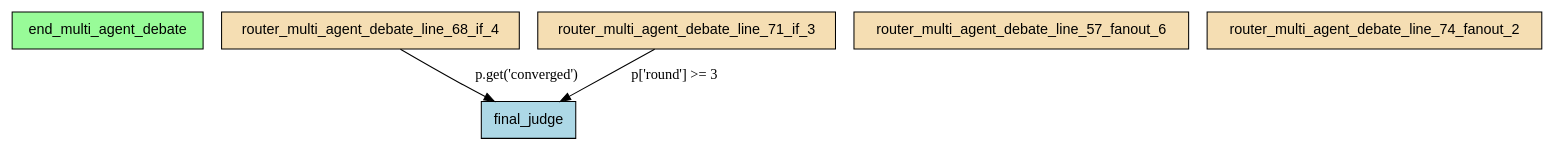
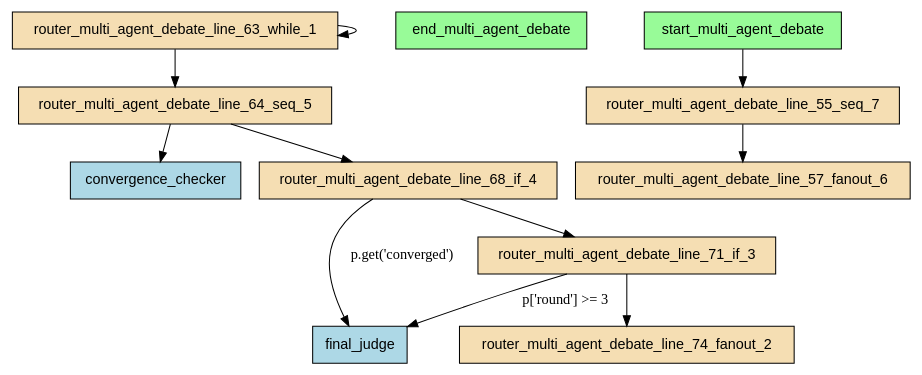
One commit to deliveryhero/asya changed the diagram in examples/flows/agentic/compiled/multi_agent_debate/flow.dot. Above: the diagram before and after it, drawn with Graphviz. The commit also changed 232 other files, not shown here.

```diff
--- a/examples/flows/agentic/compiled/multi_agent_debate/flow.dot
+++ b/examples/flows/agentic/compiled/multi_agent_debate/flow.dot
@@ -1,14 +1,27 @@
 digraph "multi_agent_debate" {
     rankdir=TB;
     node [shape=box, style=filled, fontname="Helvetica"];
 
+    convergence_checker [label="convergence_checker", fillcolor=lightblue];
     end_multi_agent_debate [label="end_multi_agent_debate", fillcolor=palegreen];
     final_judge [label="final_judge", fillcolor=lightblue];
+    router_multi_agent_debate_line_55_seq_7 [label="router_multi_agent_debate_line_55_seq_7", fillcolor=wheat];
     router_multi_agent_debate_line_57_fanout_6 [label="router_multi_agent_debate_line_57_fanout_6", fillcolor=wheat];
+    router_multi_agent_debate_line_63_while_1 [label="router_multi_agent_debate_line_63_while_1", fillcolor=wheat];
+    router_multi_agent_debate_line_64_seq_5 [label="router_multi_agent_debate_line_64_seq_5", fillcolor=wheat];
     router_multi_agent_debate_line_68_if_4 [label="router_multi_agent_debate_line_68_if_4", fillcolor=wheat];
     router_multi_agent_debate_line_71_if_3 [label="router_multi_agent_debate_line_71_if_3", fillcolor=wheat];
     router_multi_agent_debate_line_74_fanout_2 [label="router_multi_agent_debate_line_74_fanout_2", fillcolor=wheat];
+    start_multi_agent_debate [label="start_multi_agent_debate", fillcolor=palegreen];
 
+    start_multi_agent_debate -> router_multi_agent_debate_line_55_seq_7;
+    router_multi_agent_debate_line_71_if_3 -> router_multi_agent_debate_line_74_fanout_2;
     router_multi_agent_debate_line_71_if_3 -> final_judge [label="p['round'] >= 3"];
+    router_multi_agent_debate_line_68_if_4 -> router_multi_agent_debate_line_71_if_3;
     router_multi_agent_debate_line_68_if_4 -> final_judge [label="p.get('converged')"];
+    router_multi_agent_debate_line_64_seq_5 -> convergence_checker;
+    router_multi_agent_debate_line_64_seq_5 -> router_multi_agent_debate_line_68_if_4;
+    router_multi_agent_debate_line_63_while_1 -> router_multi_agent_debate_line_64_seq_5;
+    router_multi_agent_debate_line_63_while_1 -> router_multi_agent_debate_line_63_while_1;
+    router_multi_agent_debate_line_55_seq_7 -> router_multi_agent_debate_line_57_fanout_6;
 }
```
